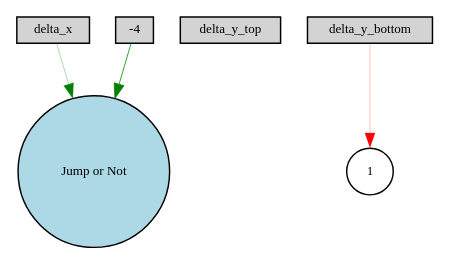
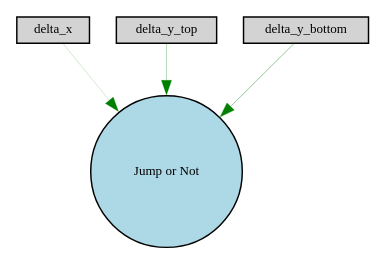
Before and after one commit to MarcosEduard0/Flappy-Bird-AG: the diagram in Digraph.gv, drawn with Graphviz. The commit also changed 6 other files, not shown here.

```diff
--- a/Digraph.gv
+++ b/Digraph.gv
@@ -1,12 +1,10 @@
 digraph {
 	node [fontsize=9 height=0.2 shape=circle width=0.2]
 	delta_x [fillcolor=lightgray shape=box style=filled]
 	delta_y_top [fillcolor=lightgray shape=box style=filled]
 	delta_y_bottom [fillcolor=lightgray shape=box style=filled]
-	-4 [fillcolor=lightgray shape=box style=filled]
 	"Jump or Not" [fillcolor=lightblue style=filled]
-	1 [fillcolor=white style=filled]
-	-4 -> "Jump or Not" [color=green penwidth=0.5365129555731667 style=solid]
-	delta_y_bottom -> 1 [color=red penwidth=0.17268595759586503 style=solid]
-	delta_x -> "Jump or Not" [color=green penwidth=0.20702703709729264 style=solid]
+	delta_x -> "Jump or Not" [color=green penwidth=0.13127172959045155 style=solid]
+	delta_y_top -> "Jump or Not" [color=green penwidth=0.2023233452343874 style=solid]
+	delta_y_bottom -> "Jump or Not" [color=green penwidth=0.2918409459389488 style=solid]
 }
```
